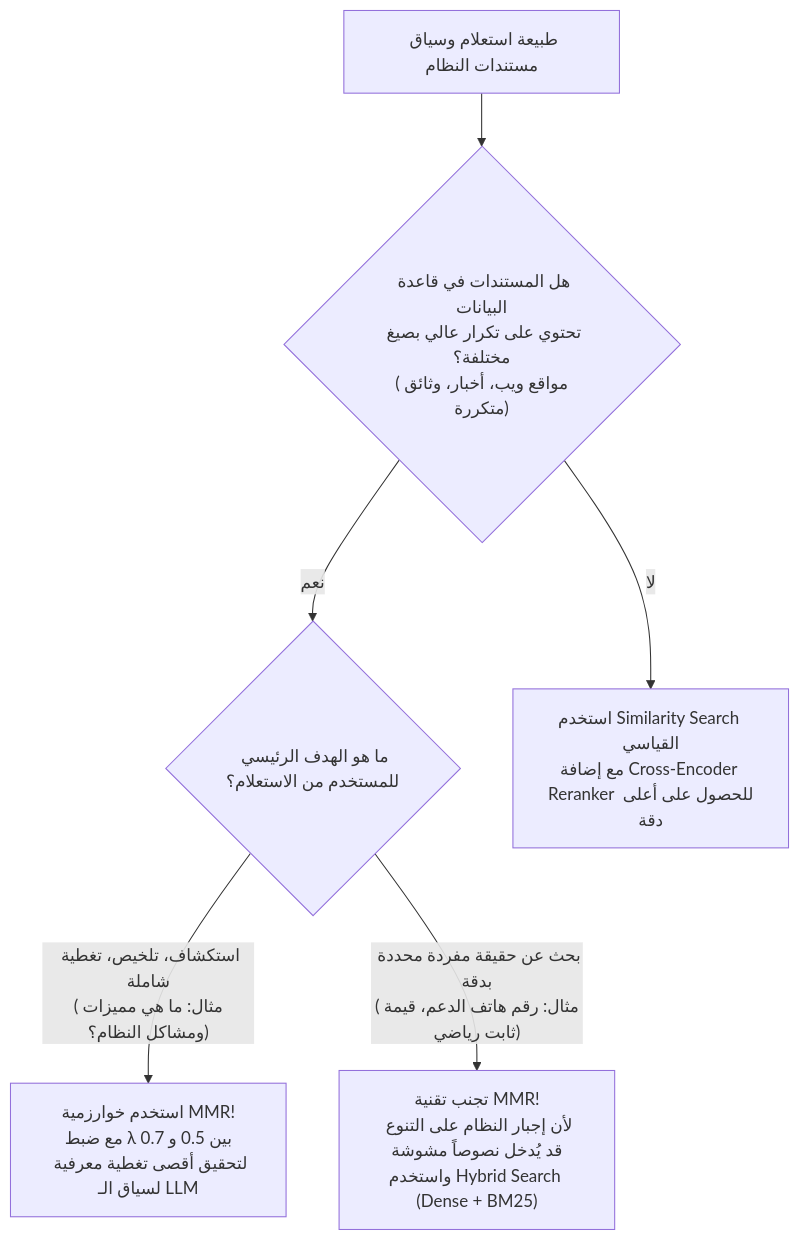
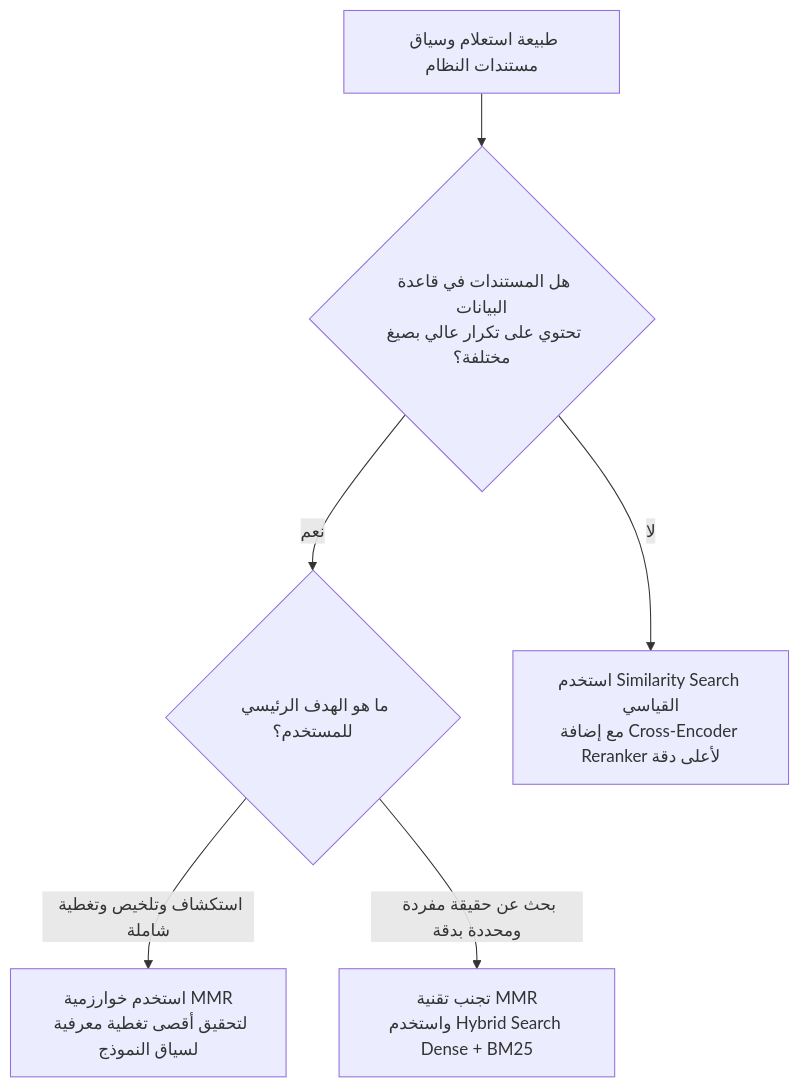
The diagram in docs/05-hybrid-search-and-retrieval/08-when-to-use-mmr.md (ali-abofouda/RAG-Mastery), drawn with Mermaid before and after one commit. The commit also changed 4 other files, not shown here.

Commit message:
fix(portal): resolve mermaid syntax errors and enhance diagram rendering pipeline

````diff
--- a/docs/05-hybrid-search-and-retrieval/08-when-to-use-mmr.md
+++ b/docs/05-hybrid-search-and-retrieval/08-when-to-use-mmr.md
@@ -8,11 +8,10 @@
 ```mermaid
 flowchart TD
-    Start["طبيعة استعلام وسياق مستندات النظام"] --> Q1{"هل المستندات في قاعدة البيانات\nتحتوي على تكرار عالي بصيغ مختلفة؟\n(مواقع ويب، أخبار، وثائق متكررة)"}
+    Start["طبيعة استعلام وسياق مستندات النظام"] --> Q1{"هل المستندات في قاعدة البيانات<br/>تحتوي على تكرار عالي بصيغ مختلفة؟"}
     
-    Q1 -- نعم --> Q2{"ما هو الهدف الرئيسي للمستخدم من الاستعلام؟"}
-    Q1 -- لا --> SimOrRerank["استخدم Similarity Search القياسي\nمع إضافة Cross-Encoder Reranker للحصول على أعلى دقة"]
+    Q1 -->|نعم| Q2{"ما هو الهدف الرئيسي للمستخدم؟"}
+    Q1 -->|لا| SimOrRerank["استخدم Similarity Search القياسي<br/>مع إضافة Cross-Encoder Reranker لأعلى دقة"]
     
-    Q2 -- "استكشاف، تلخيص، تغطية شاملة\n(مثال: ما هي مميزات ومشاكل النظام؟)" --> UseMMR["استخدم خوارزمية MMR!\nمع ضبط λ بين 0.5 و 0.7\nلتحقيق أقصى تغطية معرفية لسياق الـ LLM"]
-    
-    Q2 -- "بحث عن حقيقة مفردة محددة بدقة\n(مثال: رقم هاتف الدعم، قيمة ثابت رياضي)" --> AvoidMMR["تجنب تقنية MMR!\nلأن إجبار النظام على التنوع قد يُدخل نصوصاً مشوشة\nواستخدم Hybrid Search (Dense + BM25)"]
+    Q2 -->|استكشاف وتلخيص وتغطية شاملة| UseMMR["استخدم خوارزمية MMR<br/>لتحقيق أقصى تغطية معرفية لسياق النموذج"]
+    Q2 -->|بحث عن حقيقة مفردة ومحددة بدقة| AvoidMMR["تجنب تقنية MMR<br/>واستخدم Hybrid Search Dense + BM25"]
 ```
````
